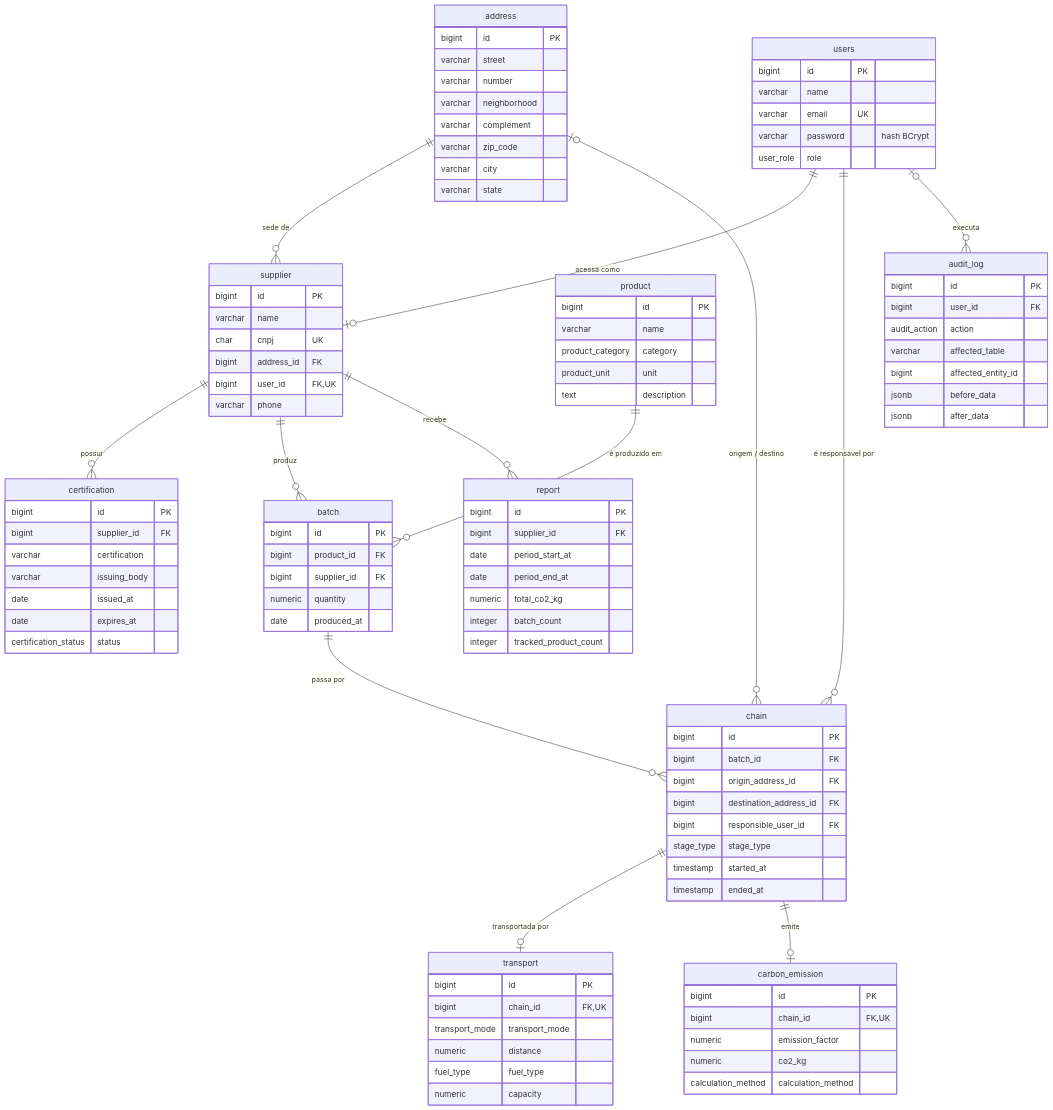
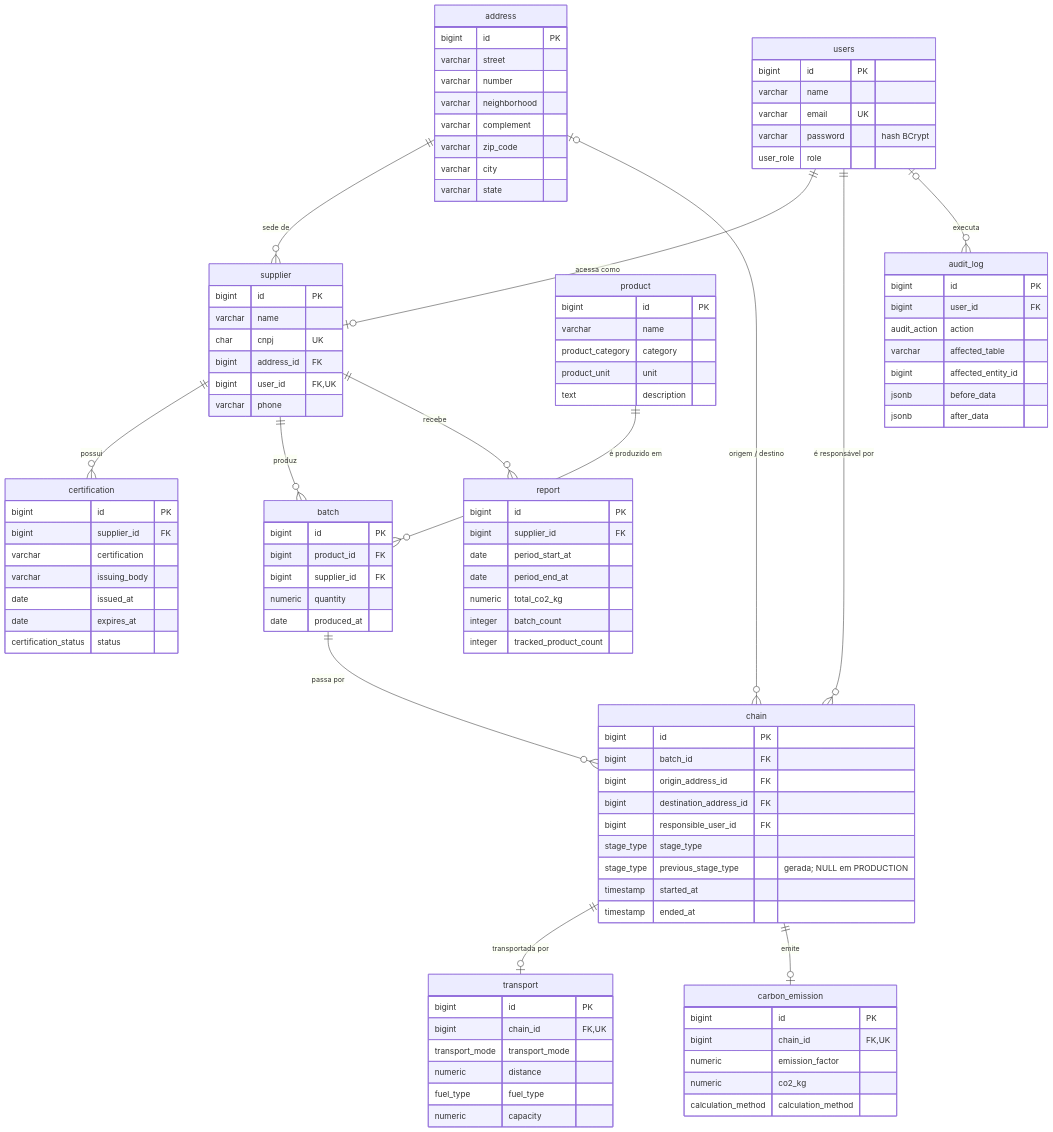
Before and after one commit to matheusnascimentods/supply-chain-verde-api: the second of 2 diagrams in README.md, drawn with Mermaid. The commit also changed other lines of this file and 10 other files, not shown here.

```diff
--- a/README.md
+++ b/README.md
@@ -199,6 +199,7 @@
         bigint destination_address_id FK
         bigint responsible_user_id FK
         stage_type stage_type
+        stage_type previous_stage_type "gerada; NULL em PRODUCTION"
         timestamp started_at
         timestamp ended_at
     }
```
